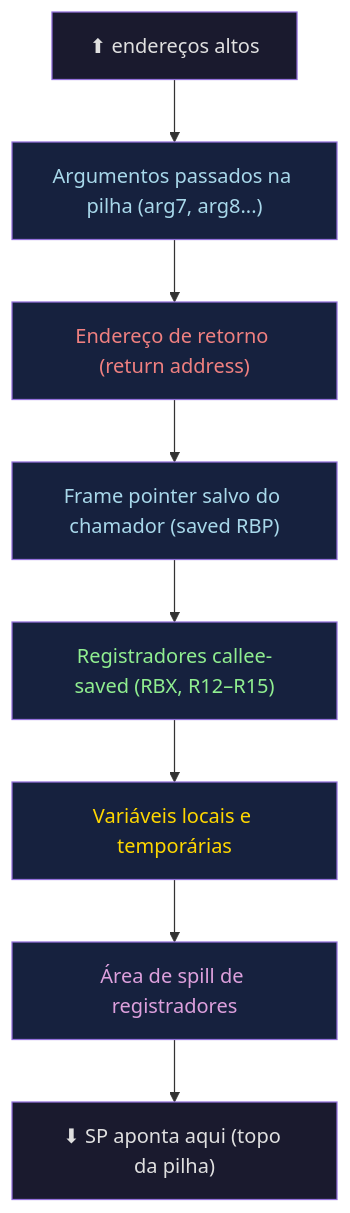
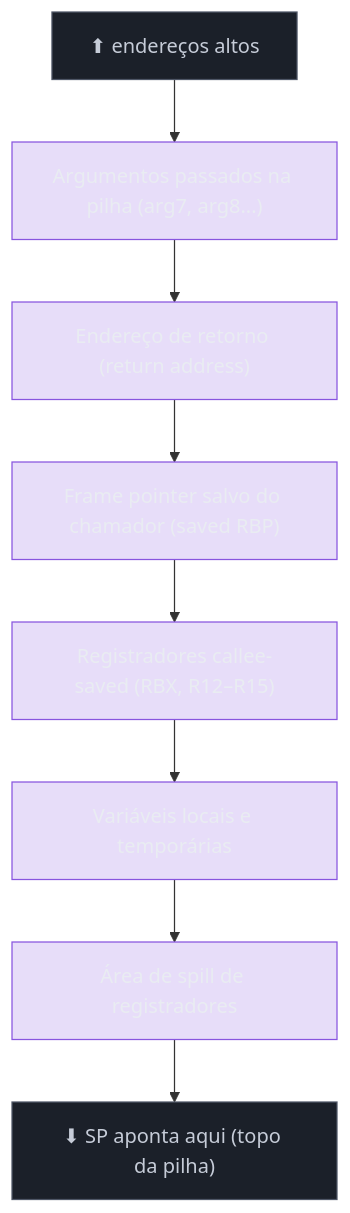
The first of 5 diagrams in 03-Dominios/Ciência/Compiladores e Linguagens/15 - Runtime, stack frames e gestão de memória.md (josenaldo/codex-technomanticus), drawn with Mermaid before and after one commit. The commit also changed other lines of this file and 1181 other files, not shown here.

First line of the commit message:
fix(diagramas): paleta do sistema no lugar de cor cravada no markdown

````diff
--- a/03-Dominios/Ciência/Compiladores e Linguagens/15 - Runtime, stack frames e gestão de memória.md
+++ b/03-Dominios/Ciência/Compiladores e Linguagens/15 - Runtime, stack frames e gestão de memória.md
@@ -74,19 +74,21 @@
 ```mermaid
 graph TD
+    classDef neutro fill:#1B2029,stroke:#4E5666,color:#C6CCD8
+    classDef marca fill:#8855DF33,stroke:#8855DF,color:#E9ECF2
     A["⬆ endereços altos"] --> B["Argumentos passados na pilha (arg7, arg8...)"]
     B --> C["Endereço de retorno (return address)"]
     C --> D["Frame pointer salvo do chamador (saved RBP)"]
     D --> E["Registradores callee-saved (RBX, R12–R15)"]
     E --> F["Variáveis locais e temporárias"]
     F --> G["Área de spill de registradores"]
     G --> H["⬇ SP aponta aqui (topo da pilha)"]
 
-    style A fill:#1a1a2e,color:#e0e0e0
-    style H fill:#1a1a2e,color:#e0e0e0
-    style B fill:#16213e,color:#a8d8ea
-    style C fill:#16213e,color:#f08080
-    style D fill:#16213e,color:#a8d8ea
-    style E fill:#16213e,color:#90ee90
-    style F fill:#16213e,color:#ffd700
-    style G fill:#16213e,color:#dda0dd
+    class A neutro
+    class H neutro
+    class B marca
+    class C marca
+    class D marca
+    class E marca
+    class F marca
+    class G marca
 ```
````
